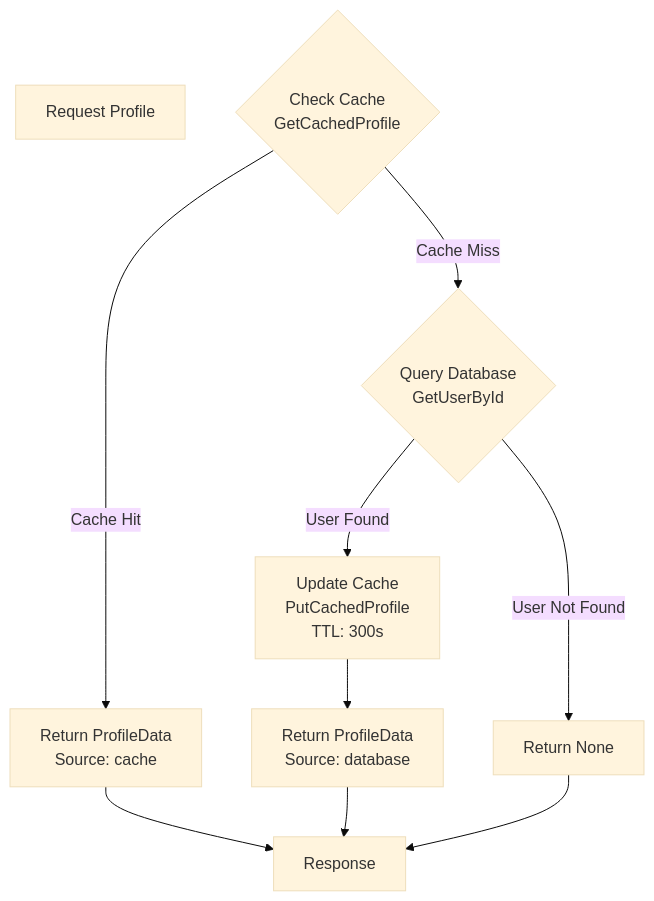
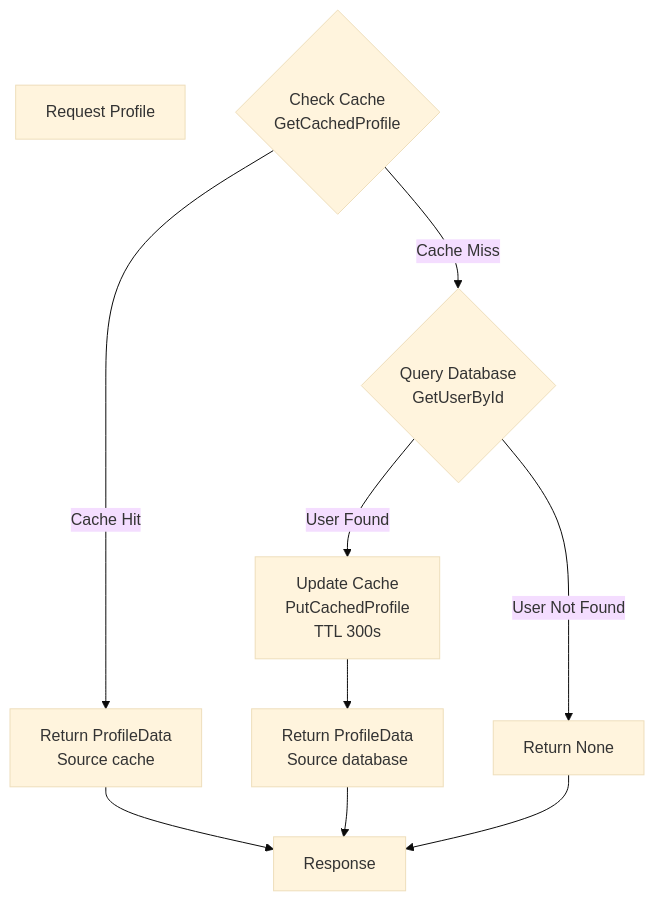
One commit to Tuee22/effectful changed the first of 3 diagrams in documents/tutorials/02_effect_types.md. Above: the diagram before and after it, drawn with Mermaid (base theme). The commit also changed other lines of this file and 22 other files, not shown here.

````diff
--- a/documents/tutorials/02_effect_types.md
+++ b/documents/tutorials/02_effect_types.md
@@ -285,17 +285,17 @@
 ```mermaid
 flowchart TB
     Start[Request Profile]
     CheckCache{Check Cache<br/>GetCachedProfile}
 
-    CheckCache -->|Cache Hit| ReturnCached[Return ProfileData<br/>Source: cache]
+    CheckCache -->|Cache Hit| ReturnCached[Return ProfileData<br/>Source cache]
     CheckCache -->|Cache Miss| QueryDB{Query Database<br/>GetUserById}
 
-    QueryDB -->|User Found| UpdateCache[Update Cache<br/>PutCachedProfile<br/>TTL: 300s]
+    QueryDB -->|User Found| UpdateCache[Update Cache<br/>PutCachedProfile<br/>TTL 300s]
     QueryDB -->|User Not Found| ReturnNone[Return None]
 
-    UpdateCache --> ReturnDB[Return ProfileData<br/>Source: database]
+    UpdateCache --> ReturnDB[Return ProfileData<br/>Source database]
 
     ReturnCached --> End[Response]
     ReturnDB --> End
     ReturnNone --> End
 ```
````
